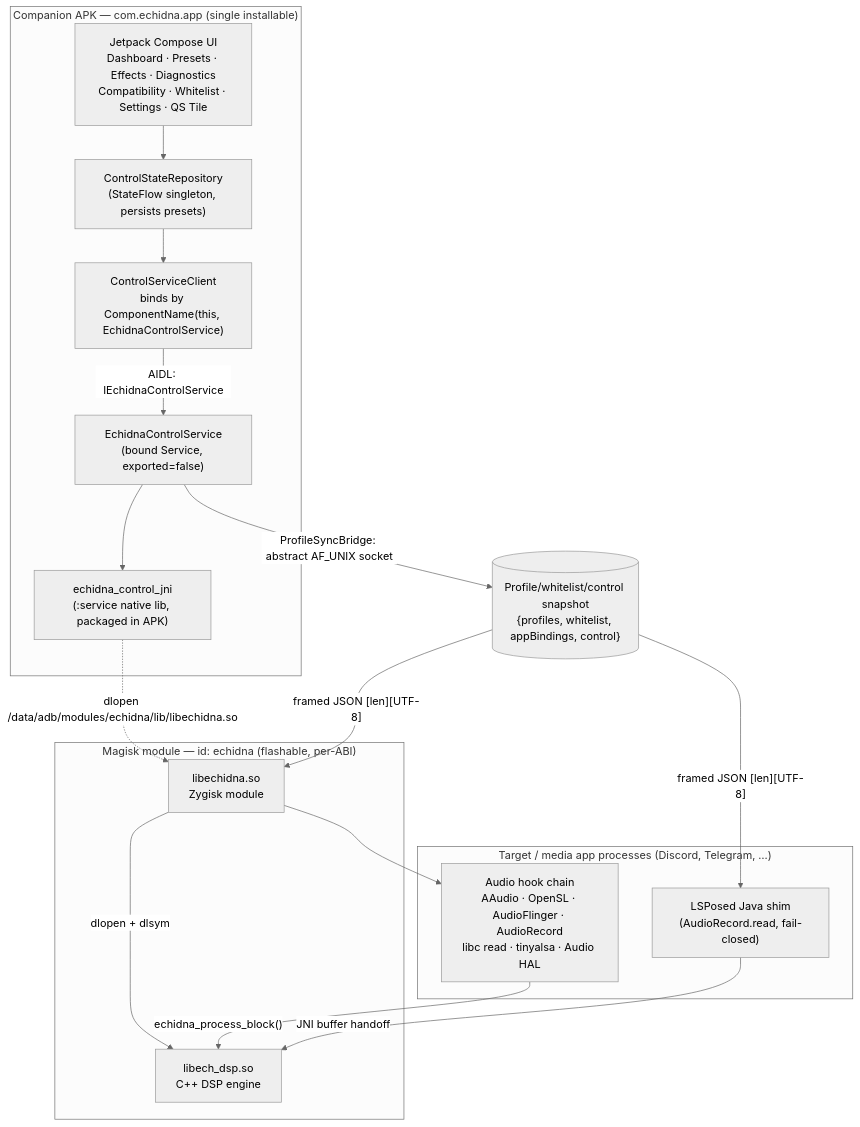
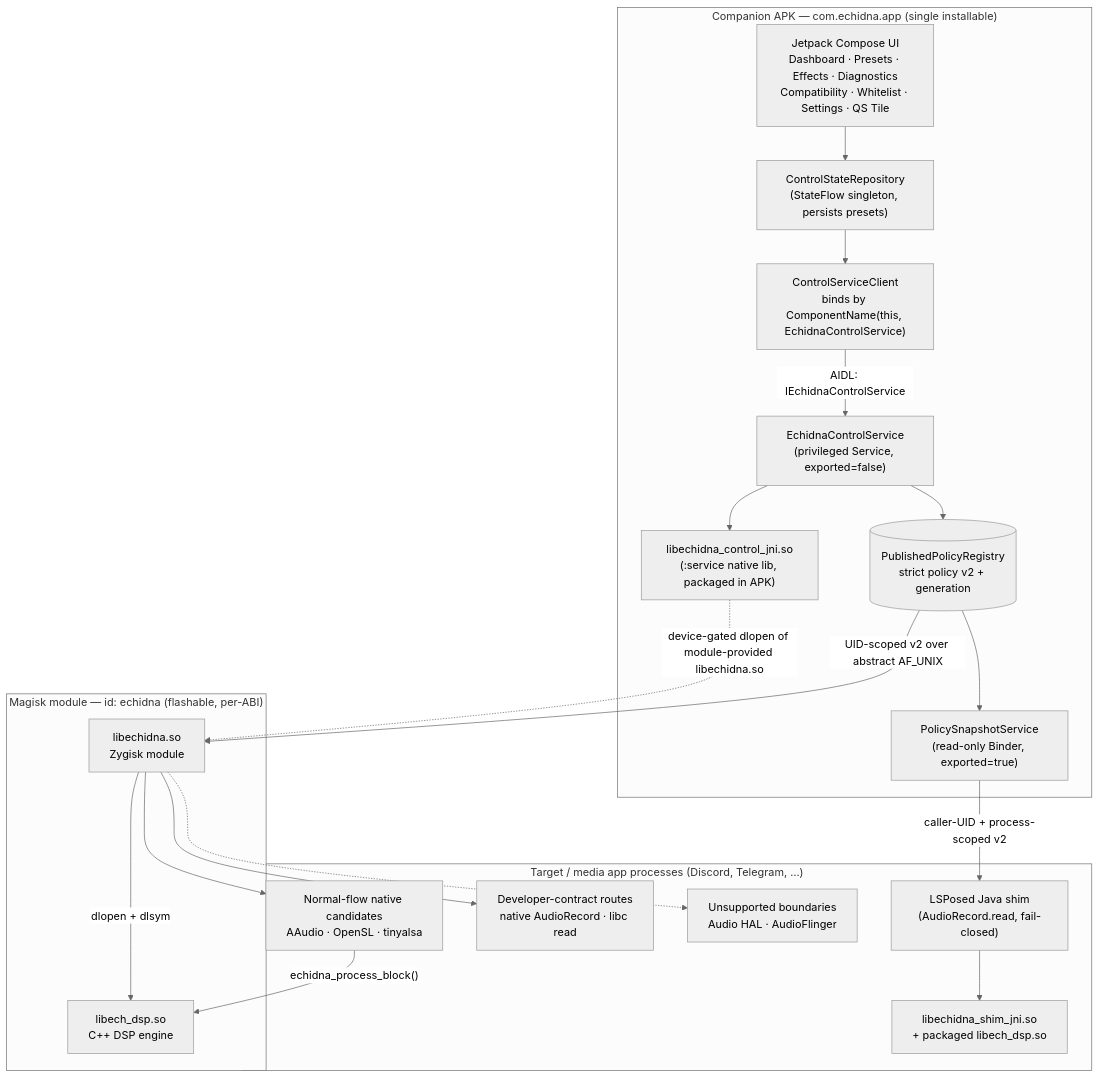
One commit to supermarsx/echidna changed the first of 3 diagrams in docs/architecture.md. Above: the diagram before and after it, drawn with Mermaid (neutral theme). The commit also changed other lines of this file and 18 other files, not shown here.

````diff
--- a/docs/architecture.md
+++ b/docs/architecture.md
@@ -18,32 +19,40 @@
 ```mermaid
 flowchart TB
     subgraph APK["Companion APK — com.echidna.app (single installable)"]
         UI["Jetpack Compose UI<br/>Dashboard · Presets · Effects · Diagnostics<br/>Compatibility · Whitelist · Settings · QS Tile"]
         REPO["ControlStateRepository<br/>(StateFlow singleton, persists presets)"]
         CLIENT["ControlServiceClient<br/>binds by ComponentName(this, EchidnaControlService)"]
-        SVC["EchidnaControlService<br/>(bound Service, exported=false)"]
-        JNI["echidna_control_jni<br/>(:service native lib, packaged in APK)"]
+        SVC["EchidnaControlService<br/>(privileged Service, exported=false)"]
+        REG[("PublishedPolicyRegistry<br/>strict policy v2 + generation")]
+        PROVIDER["PolicySnapshotService<br/>(read-only Binder, exported=true)"]
+        JNI["libechidna_control_jni.so<br/>(:service native lib, packaged in APK)"]
         UI --> REPO --> CLIENT
         CLIENT -->|"AIDL: IEchidnaControlService"| SVC
         SVC --> JNI
+        SVC --> REG
+        REG --> PROVIDER
     end
 
     subgraph MAGISK["Magisk module — id: echidna (flashable, per-ABI)"]
         ZY["libechidna.so<br/>Zygisk module"]
         DSP["libech_dsp.so<br/>C++ DSP engine"]
         ZY -->|"dlopen + dlsym"| DSP
     end
 
     subgraph TARGET["Target / media app processes (Discord, Telegram, …)"]
-        HOOKS["Audio hook chain<br/>AAudio · OpenSL · AudioFlinger · AudioRecord<br/>libc read · tinyalsa · Audio HAL"]
+        HOOKS["Normal-flow native candidates<br/>AAudio · OpenSL · tinyalsa"]
+        DEV["Developer-contract routes<br/>native AudioRecord · libc read"]
+        NO["Unsupported boundaries<br/>Audio HAL · AudioFlinger"]
         SHIM["LSPosed Java shim<br/>(AudioRecord.read, fail-closed)"]
+        SHIM_NATIVE["libechidna_shim_jni.so<br/>+ packaged libech_dsp.so"]
+        SHIM --> SHIM_NATIVE
     end
 
-    JNI -.->|"dlopen /data/adb/modules/echidna/lib/libechidna.so"| ZY
-    SVC -->|"ProfileSyncBridge: abstract AF_UNIX socket"| SNAP[("Profile/whitelist/control snapshot<br/>{profiles, whitelist, appBindings, control}")]
-    SNAP -->|"framed JSON [len][UTF-8]"| ZY
-    SNAP -->|"framed JSON [len][UTF-8]"| SHIM
+    JNI -.->|"device-gated dlopen of module-provided libechidna.so"| ZY
+    REG -->|"UID-scoped v2 over abstract AF_UNIX"| ZY
+    PROVIDER -->|"caller-UID + process-scoped v2"| SHIM
     ZY --> HOOKS
+    ZY --> DEV
+    ZY -.-> NO
     HOOKS -->|"echidna_process_block()"| DSP
-    SHIM -->|"JNI buffer handoff"| DSP
 ```
````
